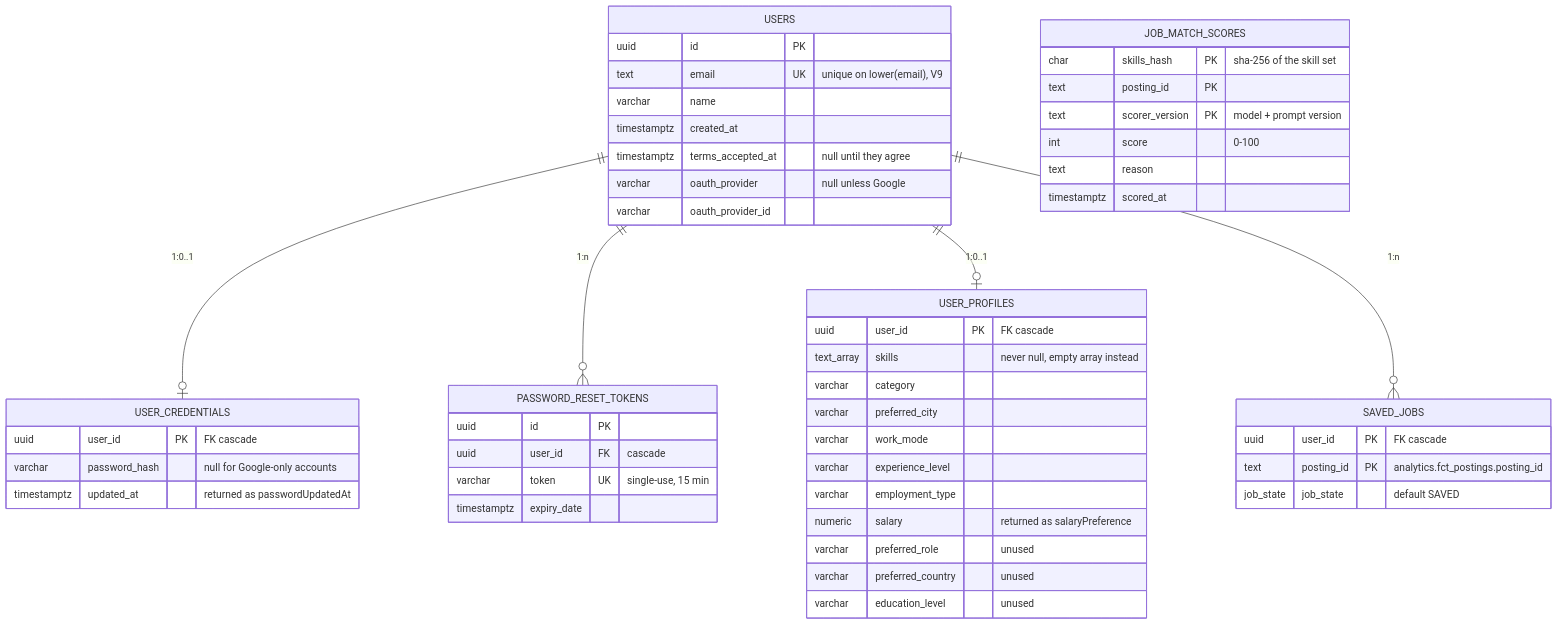
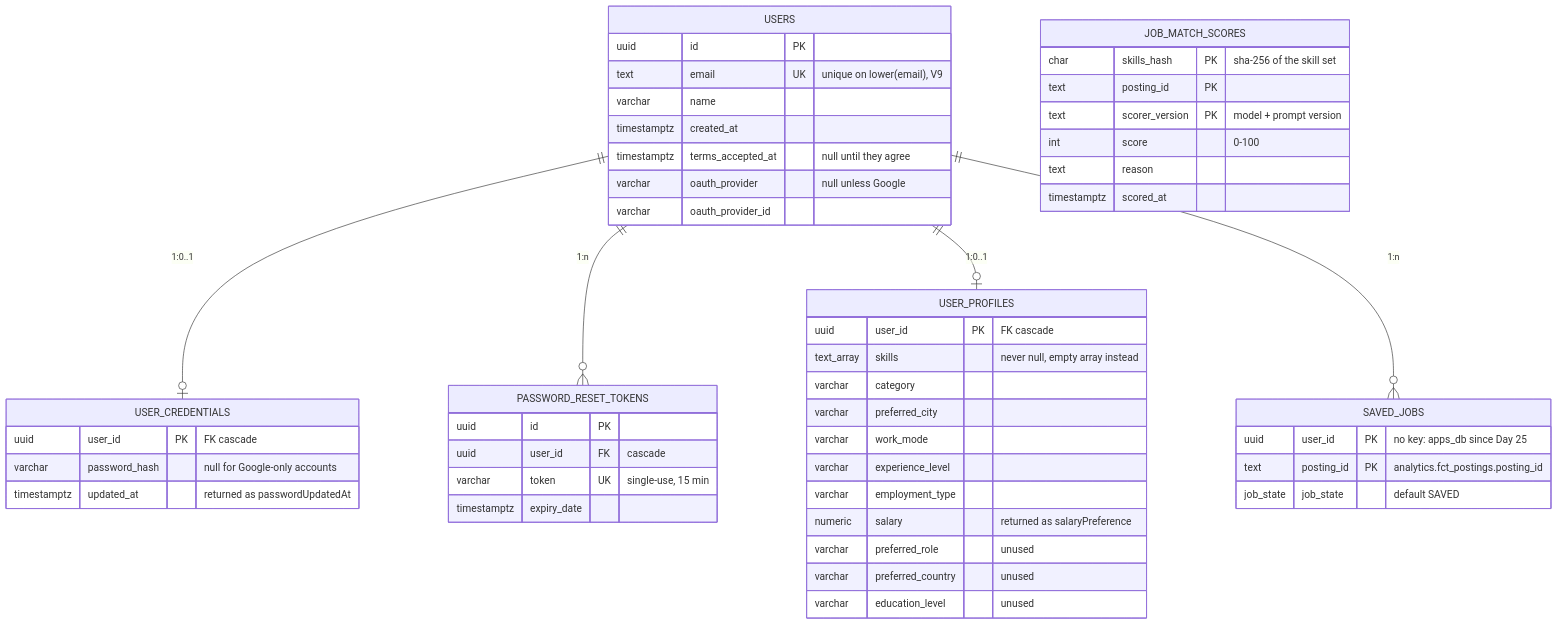
The diagram in backend/docs/api.md (Yusuprozimemet/jobmatch-microservices), drawn with Mermaid before and after one commit. The commit also changed other lines of this file and 13 other files, not shown here.

````diff
--- a/backend/docs/api.md
+++ b/backend/docs/api.md
@@ -55,54 +55,54 @@
 ```mermaid
 erDiagram
     USERS ||--o| USER_CREDENTIALS : "1:0..1"
     USERS ||--o{ PASSWORD_RESET_TOKENS : "1:n"
     USERS ||--o| USER_PROFILES : "1:0..1"
     USERS ||--o{ SAVED_JOBS : "1:n"
 
     USERS {
         uuid id PK
         text email UK "unique on lower(email), V9"
         varchar name
         timestamptz created_at
         timestamptz terms_accepted_at "null until they agree"
         varchar oauth_provider "null unless Google"
         varchar oauth_provider_id
     }
     USER_CREDENTIALS {
         uuid user_id PK "FK cascade"
         varchar password_hash "null for Google-only accounts"
         timestamptz updated_at "returned as passwordUpdatedAt"
     }
     PASSWORD_RESET_TOKENS {
         uuid id PK
         uuid user_id FK "cascade"
         varchar token UK "single-use, 15 min"
         timestamptz expiry_date
     }
     USER_PROFILES {
         uuid user_id PK "FK cascade"
         text_array skills "never null, empty array instead"
         varchar category
         varchar preferred_city
         varchar work_mode
         varchar experience_level
         varchar employment_type
         numeric salary "returned as salaryPreference"
         varchar preferred_role "unused"
         varchar preferred_country "unused"
         varchar education_level "unused"
     }
     SAVED_JOBS {
-        uuid user_id PK "FK cascade"
+        uuid user_id PK "no key: apps_db since Day 25"
         text posting_id PK "analytics.fct_postings.posting_id"
         job_state job_state "default SAVED"
     }
     JOB_MATCH_SCORES {
         char skills_hash PK "sha-256 of the skill set"
         text posting_id PK
         text scorer_version PK "model + prompt version"
         int score "0-100"
         text reason
         timestamptz scored_at
     }
 ```
````
